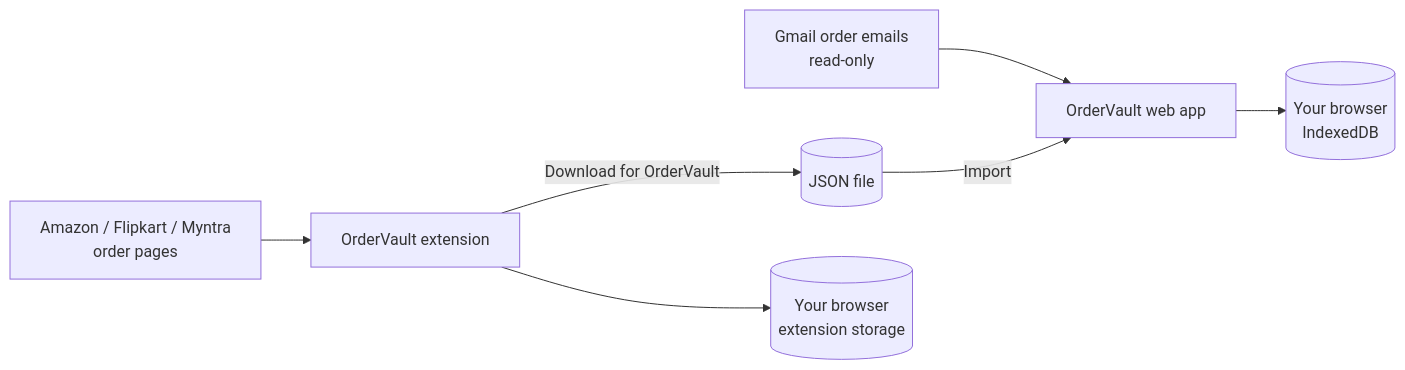
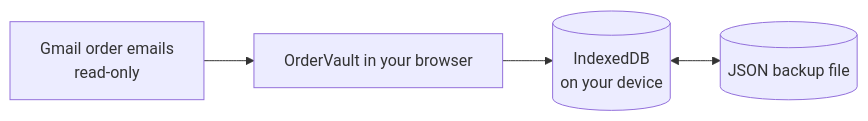
The diagram in README.md (VikashSahuTech/OrderVault), drawn with Mermaid before and after one commit. The commit also changed other lines of this file and 61 other files, not shown here.

First line of the commit message:
Move the web app to the repo root and remove the extension

````diff
--- a/README.md
+++ b/README.md
@@ -86,9 +47,6 @@
 ```mermaid
 flowchart LR
-    A[Gmail order emails<br/>read-only] --> P[OrderVault web app]
-    B[Amazon / Flipkart / Myntra<br/>order pages] --> E[OrderVault extension]
-    E -- "Download for OrderVault" --> F[(JSON file)]
-    F -- Import --> P
-    P --> D[(Your browser<br/>IndexedDB)]
-    E --> S[(Your browser<br/>extension storage)]
+    G[Gmail order emails<br/>read-only] --> P[OrderVault in your browser]
+    P --> D[(IndexedDB<br/>on your device)]
+    D <--> F[(JSON backup file)]
 ```
````
